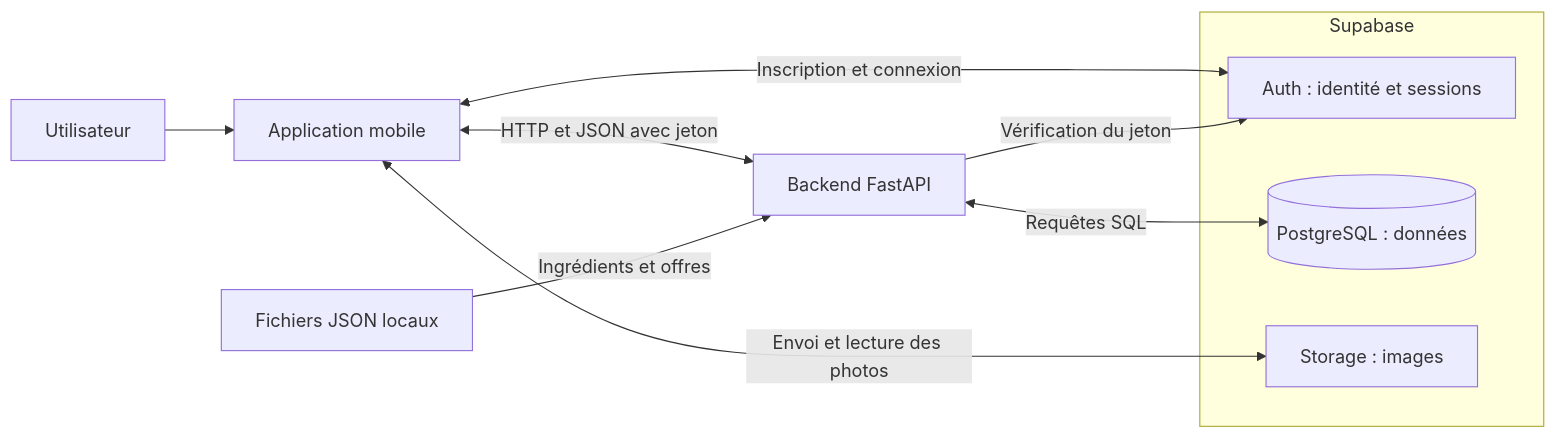
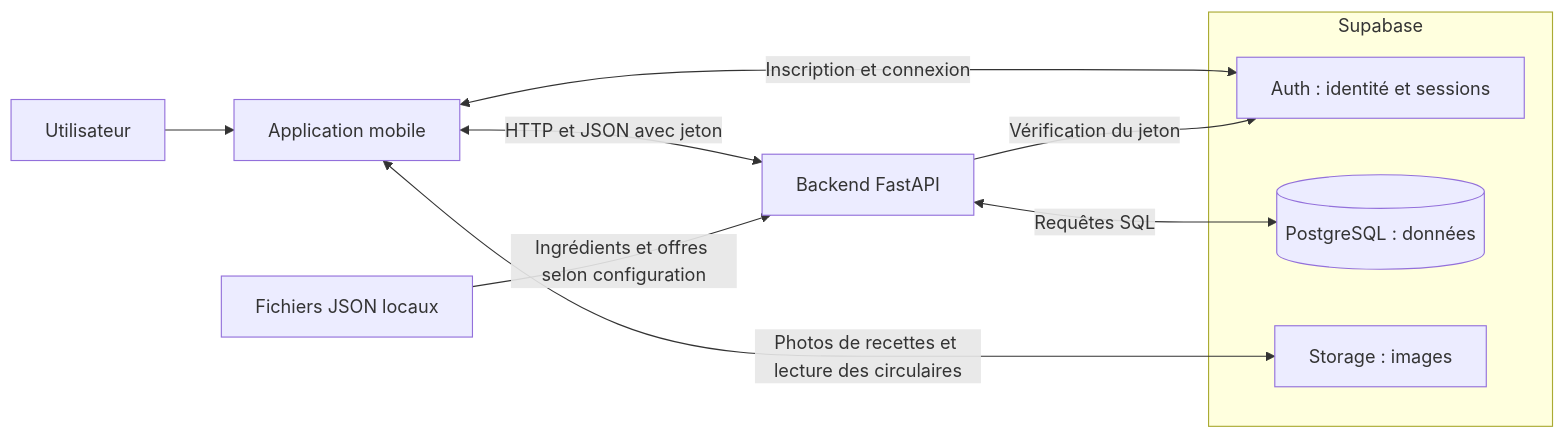
The first of 16 diagrams in README-fonctionnement.md (EnzoT454/OptiMeal), drawn with Mermaid before and after one commit. The commit also changed other lines of this file, not shown here.

Commit message:
mettre a jour schemas de fonctionnement

````diff
--- a/README-fonctionnement.md
+++ b/README-fonctionnement.md
@@ -13,15 +13,15 @@
 ```mermaid
 flowchart LR
     U[Utilisateur] --> M[Application mobile]
     M <-->|HTTP et JSON avec jeton| B[Backend FastAPI]
-    J[Fichiers JSON locaux] -->|Ingrédients et offres| B
+    J[Fichiers JSON locaux] -->|Ingrédients et offres selon configuration| B
     subgraph S[Supabase]
         A[Auth : identité et sessions]
         D[(PostgreSQL : données)]
         I[Storage : images]
     end
     M <-->|Inscription et connexion| A
     B -->|Vérification du jeton| A
     B <-->|Requêtes SQL| D
-    M <-->|Envoi et lecture des photos| I
+    M <-->|Photos de recettes et lecture des circulaires| I
 ```
````
